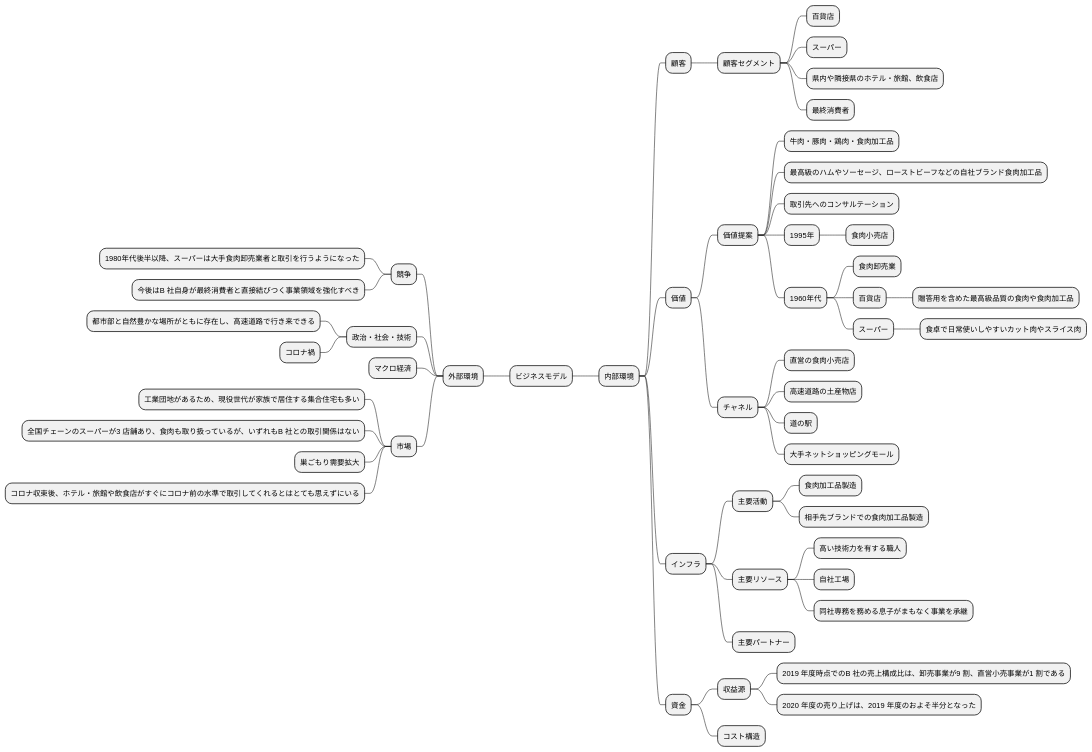
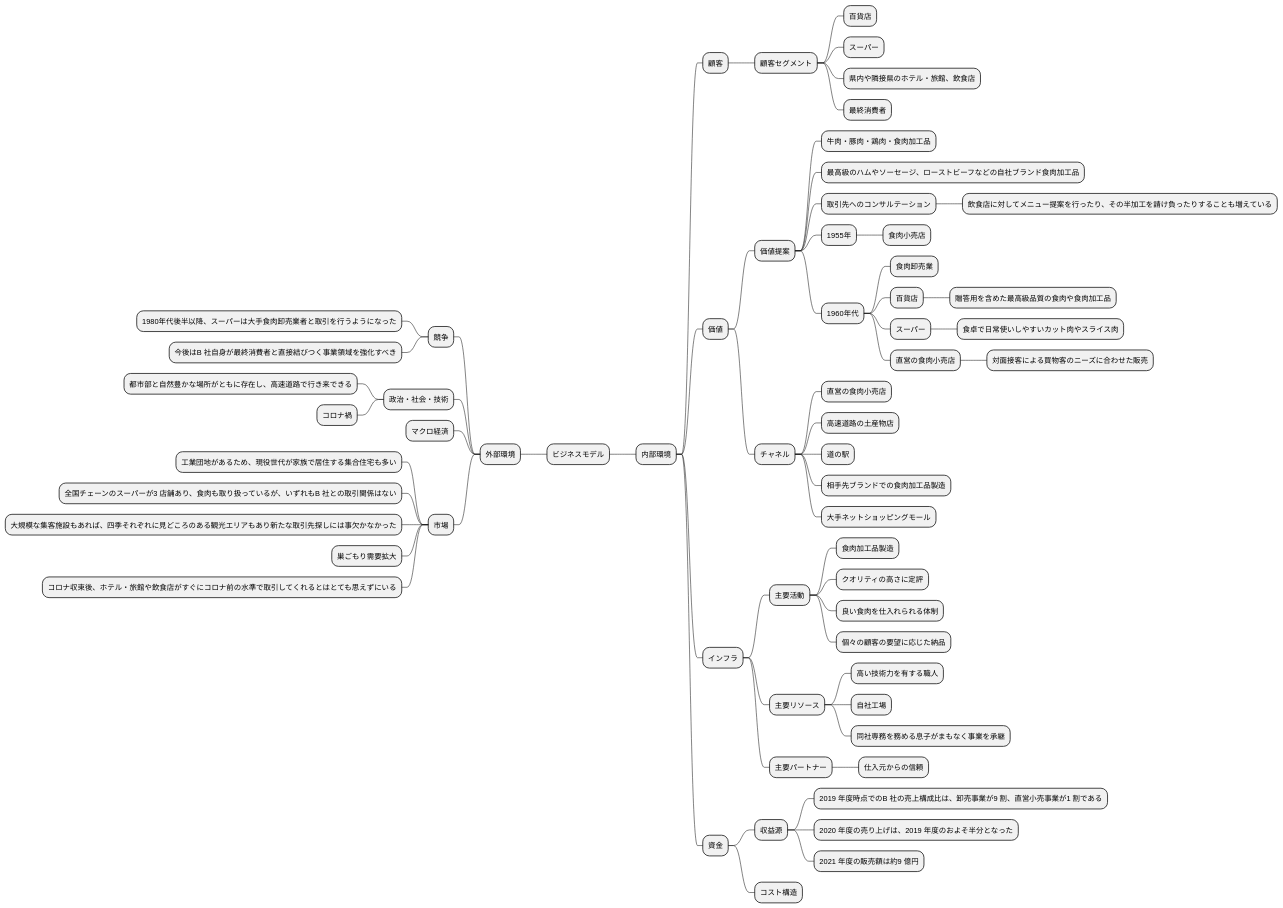
One commit to k2works/requirements_definition_excercise changed the second of 4 diagrams in docs/R04/study/study_2_take01.md. Above: the diagram before and after it, drawn with PlantUML. The commit also changed other lines of this file, not shown here.

````diff
--- a/docs/R04/study/study_2_take01.md
+++ b/docs/R04/study/study_2_take01.md
@@ -77,57 +77,66 @@
 ```plantuml
 @startmindmap
 * ビジネスモデル
 -- 外部環境
 --- 競争
 ---- 1980年代後半以降、スーパーは大手食肉卸売業者と取引を行うようになった
 ---- 今後はB 社自身が最終消費者と直接結びつく事業領域を強化すべき
 --- 政治・社会・技術
 ---- 都市部と自然豊かな場所がともに存在し、高速道路で行き来できる
 ---- コロナ禍
 --- マクロ経済
 --- 市場
 ---- 工業団地があるため、現役世代が家族で居住する集合住宅も多い
 ---- 全国チェーンのスーパーが3 店舗あり、食肉も取り扱っているが、いずれもB 社との取引関係はない
+---- 大規模な集客施設もあれば、四季それぞれに見どころのある観光エリアもあり新たな取引先探しには事欠かなかった
 ---- 巣ごもり需要拡大
 ---- コロナ収束後、ホテル・旅館や飲食店がすぐにコロナ前の水準で取引してくれるとはとても思えずにいる
 ** 内部環境
 *** 顧客
 **** 顧客セグメント
 ***** 百貨店
 ***** スーパー
 ***** 県内や隣接県のホテル・旅館、飲食店
 ***** 最終消費者
 *** 価値
 **** 価値提案
 ***** 牛肉・豚肉・鶏肉・食肉加工品
 ***** 最高級のハムやソーセージ、ローストビーフなどの自社ブランド食肉加工品
 ***** 取引先へのコンサルテーション
-***** 1995年
+****** 飲食店に対してメニュー提案を行ったり、その半加工を請け負ったりすることも増えている
+***** 1955年
 ****** 食肉小売店
 ***** 1960年代
 ****** 食肉卸売業
 ****** 百貨店
 ******* 贈答用を含めた最高級品質の食肉や食肉加工品
 ****** スーパー
 ******* 食卓で日常使いしやすいカット肉やスライス肉
+****** 直営の食肉小売店
+******* 対面接客による買物客のニーズに合わせた販売
 **** チャネル
 ***** 直営の食肉小売店
 ***** 高速道路の土産物店
 ***** 道の駅
+***** 相手先ブランドでの食肉加工品製造
 ***** 大手ネットショッピングモール
 *** インフラ
 **** 主要活動
 ***** 食肉加工品製造
-***** 相手先ブランドでの食肉加工品製造
+***** クオリティの高さに定評
+***** 良い食肉を仕入れられる体制
+***** 個々の顧客の要望に応じた納品
 **** 主要リソース
 ***** 高い技術力を有する職人
 ***** 自社工場
 ***** 同社専務を務める息子がまもなく事業を承継
 **** 主要パートナー
+***** 仕入元からの信頼
 *** 資金
 **** 収益源
 ***** 2019 年度時点でのB 社の売上構成比は、卸売事業が9 割、直営小売事業が1 割である
 ***** 2020 年度の売り上げは、2019 年度のおよそ半分となった
+***** 2021 年度の販売額は約9 億円
 **** コスト構造
 @endmindmap
 ```
````
